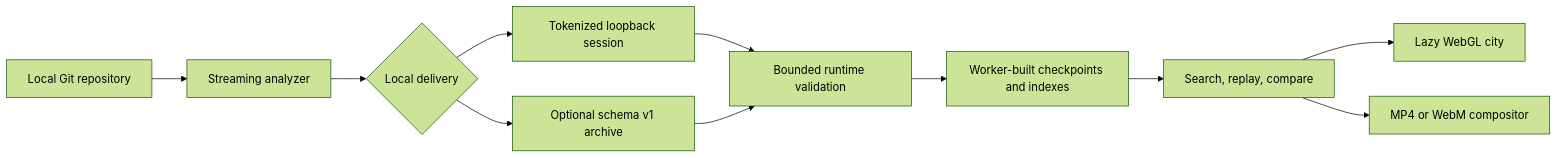
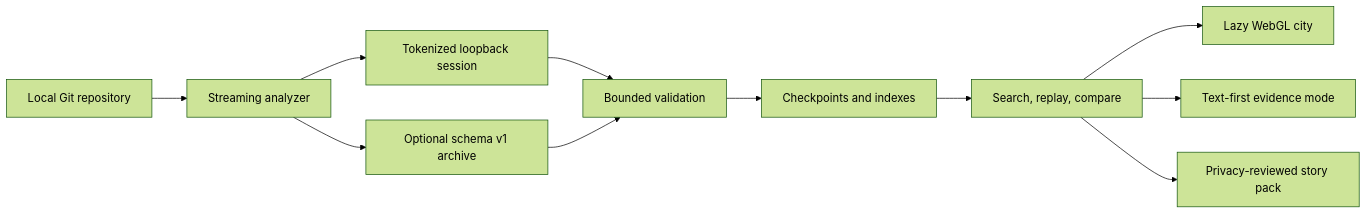
One commit to OthmaneBlial/RepoRewind changed the diagram in README.md. Above: the diagram before and after it, drawn with Mermaid (forest theme). The commit also changed other lines of this file and 23 other files, not shown here.

````diff
--- a/README.md
+++ b/README.md
@@ -143,13 +142,13 @@
 ```mermaid
 flowchart LR
   Git[Local Git repository] --> CLI[Streaming analyzer]
-  CLI --> Delivery{Local delivery}
-  Delivery --> Session[Tokenized loopback session]
-  Delivery --> JSON[Optional schema v1 archive]
-  Session --> Validate[Bounded runtime validation]
-  JSON --> Validate[Bounded runtime validation]
-  Validate --> Worker[Worker-built checkpoints and indexes]
+  CLI --> Session[Tokenized loopback session]
+  CLI --> JSON[Optional schema v1 archive]
+  Session --> Validate[Bounded validation]
+  JSON --> Validate
+  Validate --> Worker[Checkpoints and indexes]
   Worker --> Explore[Search, replay, compare]
   Explore --> City[Lazy WebGL city]
-  Explore --> Film[MP4 or WebM compositor]
+  Explore --> Evidence[Text-first evidence mode]
+  Explore --> Story[Privacy-reviewed story pack]
 ```
````
